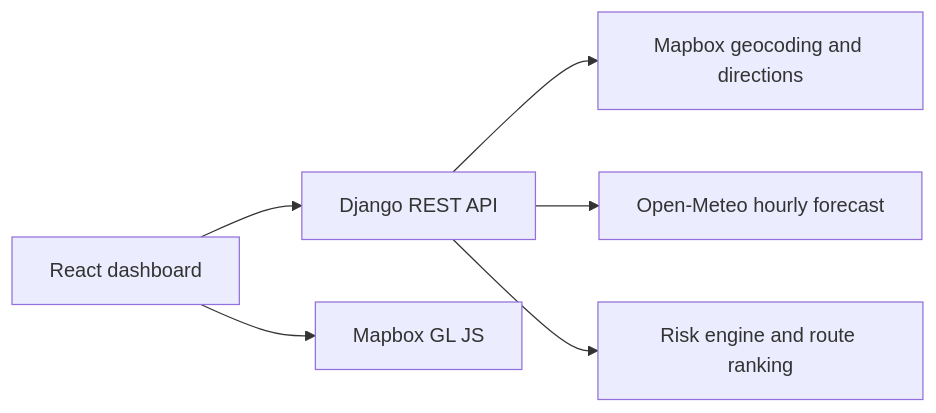
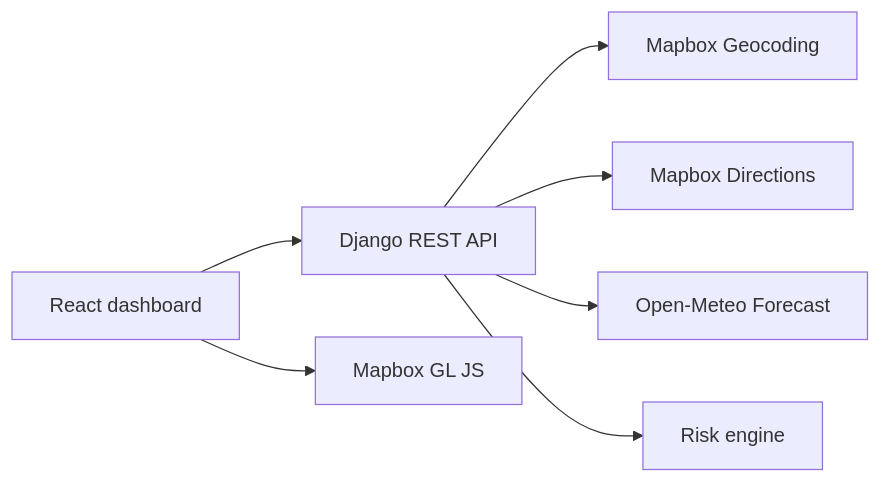
One commit to sumitchopkar2005/Weather-Aware_Truck_Routing changed the diagram in README.md. Above: the diagram before and after it, drawn with Mermaid. The commit also changed other lines of this file, not shown here.

````diff
--- a/README.md
+++ b/README.md
@@ -22,8 +62,9 @@
 ```mermaid
 flowchart LR
-  UI[React dashboard] --> API[Django REST API]
-  API --> MB[Mapbox geocoding and directions]
-  API --> OM[Open-Meteo hourly forecast]
-  API --> Risk[Risk engine and route ranking]
-  UI --> Map[Mapbox GL JS]
+  Browser[React dashboard] --> API[Django REST API]
+  API --> Geocoding[Mapbox Geocoding]
+  API --> Directions[Mapbox Directions]
+  API --> Weather[Open-Meteo Forecast]
+  API --> Risk[Risk engine]
+  Browser --> Map[Mapbox GL JS]
 ```
````
